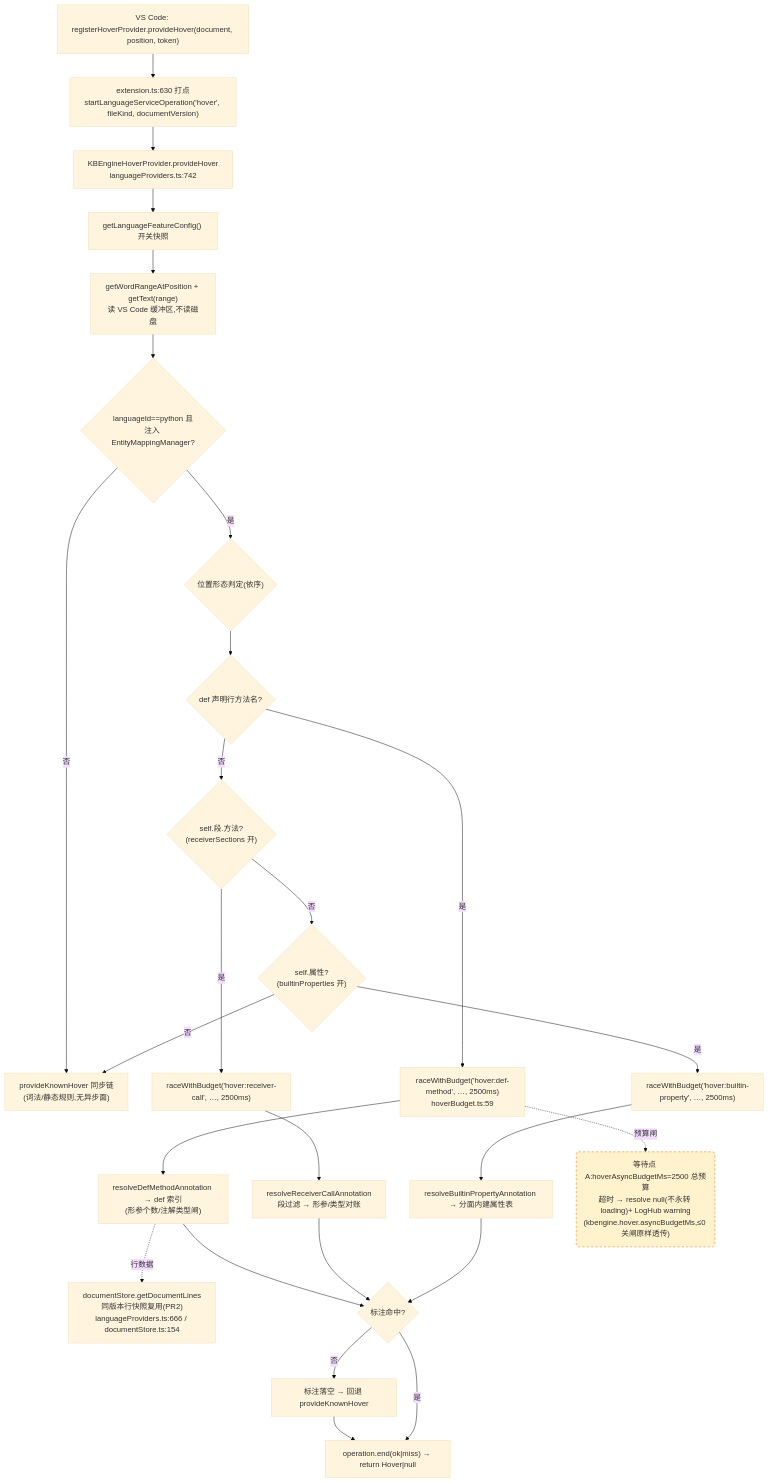
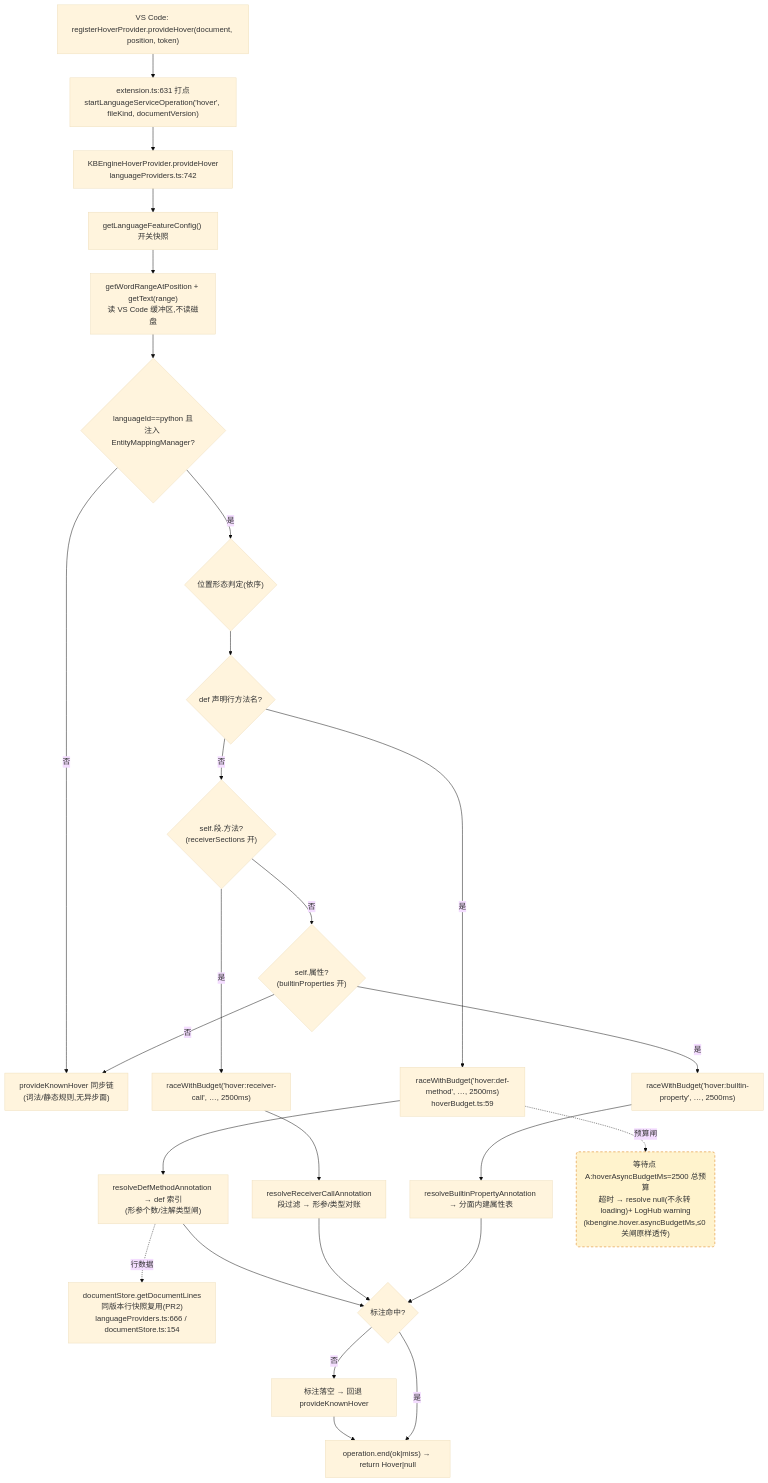
Before and after one commit to cuihairu/kode: the first of 4 diagrams in docs/perf/2026-baseline.md, drawn with Mermaid (base theme). The commit also changed other lines of this file and 9 other files, not shown here.

````diff
--- a/docs/perf/2026-baseline.md
+++ b/docs/perf/2026-baseline.md
@@ -82,45 +82,45 @@
 ```mermaid
 flowchart TD
   VC1["VS Code: registerHoverProvider.provideHover(document, position, token)"]
-  M1["extension.ts:630 打点<br/>startLanguageServiceOperation('hover', fileKind, documentVersion)"]
+  M1["extension.ts:631 打点<br/>startLanguageServiceOperation('hover', fileKind, documentVersion)"]
   HP["KBEngineHoverProvider.provideHover<br/>languageProviders.ts:742"]
   CFG["getLanguageFeatureConfig() 开关快照"]
   WORD["getWordRangeAtPosition + getText(range)<br/>读 VS Code 缓冲区,不读磁盘"]
   BR{"languageId==python 且<br/>注入 EntityMappingManager?"}
   KN["provideKnownHover 同步链<br/>(词法/静态规则,无异步面)"]
   POS{"位置形态判定(依序)"}
   D1{"def 声明行方法名?"}
   D2{"self.段.方法?<br/>(receiverSections 开)"}
   D3{"self.属性?<br/>(builtinProperties 开)"}
   RA1["raceWithBudget('hover:def-method', …, 2500ms)<br/>hoverBudget.ts:59"]
   RA2["raceWithBudget('hover:receiver-call', …, 2500ms)"]
   RA3["raceWithBudget('hover:builtin-property', …, 2500ms)"]
   RS1["resolveDefMethodAnnotation → def 索引<br/>(形参个数/注解类型闸)"]
   RS2["resolveReceiverCallAnnotation<br/>段过滤 → 形参/类型对账"]
   RS3["resolveBuiltinPropertyAnnotation → 分面内建属性表"]
   LINES["documentStore.getDocumentLines<br/>同版本行快照复用(PR2)<br/>languageProviders.ts:666 / documentStore.ts:154"]
   MISS["标注落空 → 回退 provideKnownHover"]
   END1["operation.end(ok|miss) → return Hover|null"]
 
   VC1 --> M1 --> HP --> CFG --> WORD --> BR
   BR -- "否" --> KN
   BR -- "是" --> POS --> D1
   D1 -- "是" --> RA1 --> RS1
   D1 -- "否" --> D2
   D2 -- "是" --> RA2 --> RS2
   D2 -- "否" --> D3
   D3 -- "是" --> RA3 --> RS3
   D3 -- "否" --> KN
   RS1 --> HIT{"标注命中?"}
   RS2 --> HIT
   RS3 --> HIT
   RS1 -.->|行数据| LINES
   HIT -- "否" --> MISS --> END1
   HIT -- "是" --> END1
 
   WAITA("等待点 A:hoverAsyncBudgetMs=2500 总预算<br/>超时 → resolve null(不永转 loading)+ LogHub warning<br/>(kbengine.hover.asyncBudgetMs,≤0 关闸原样透传)")
   RA1 -.->|预算闸| WAITA
 
   classDef waitPoint fill:#fff3cd,stroke:#d97706,stroke-dasharray:5 4;
   class WAITA waitPoint;
 ```
````
